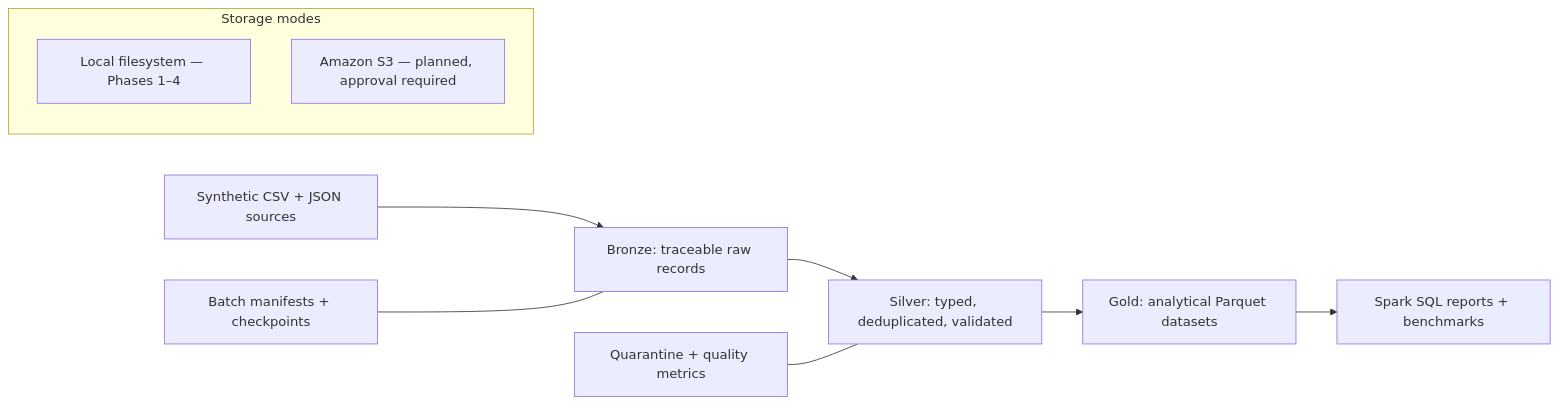
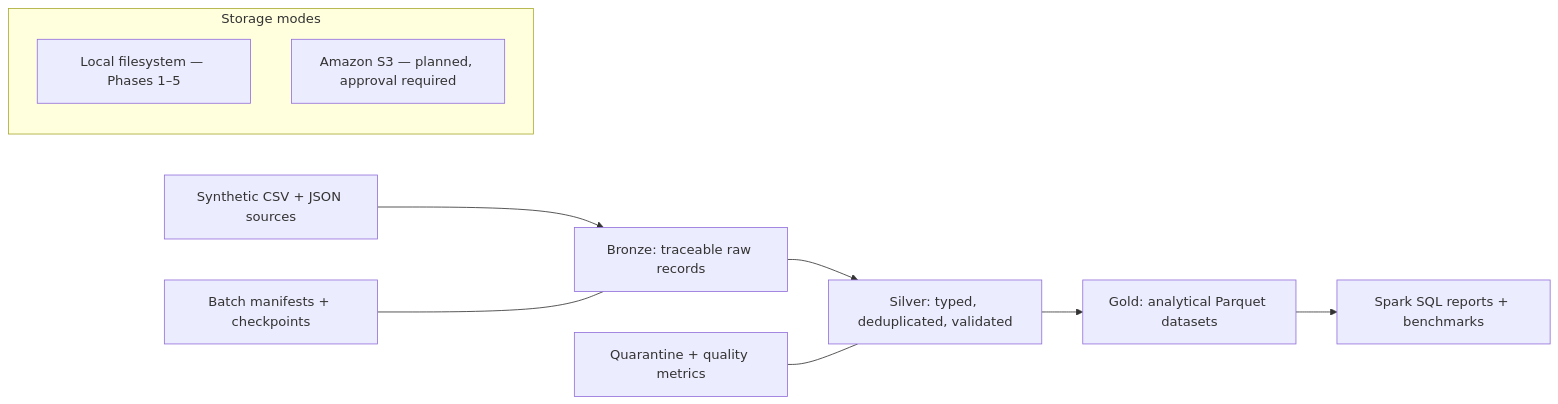
The diagram in README.md (ZohairShakir/Distributed-E-Commerce-Analytics-Data-Lake), drawn with Mermaid before and after one commit. The commit also changed other lines of this file and 9 other files, not shown here.

````diff
--- a/README.md
+++ b/README.md
@@ -13,14 +13,14 @@
 ```mermaid
 flowchart LR
     A["Synthetic CSV + JSON sources"] --> B["Bronze: traceable raw records"]
     B --> C["Silver: typed, deduplicated, validated"]
     C --> D["Gold: analytical Parquet datasets"]
     D --> E["Spark SQL reports + benchmarks"]
     Q["Quarantine + quality metrics"] --- C
     M["Batch manifests + checkpoints"] --- B
 
     subgraph Storage modes
-      L["Local filesystem — Phases 1–4"]
+      L["Local filesystem — Phases 1–5"]
       S["Amazon S3 — planned, approval required"]
     end
 ```
````
